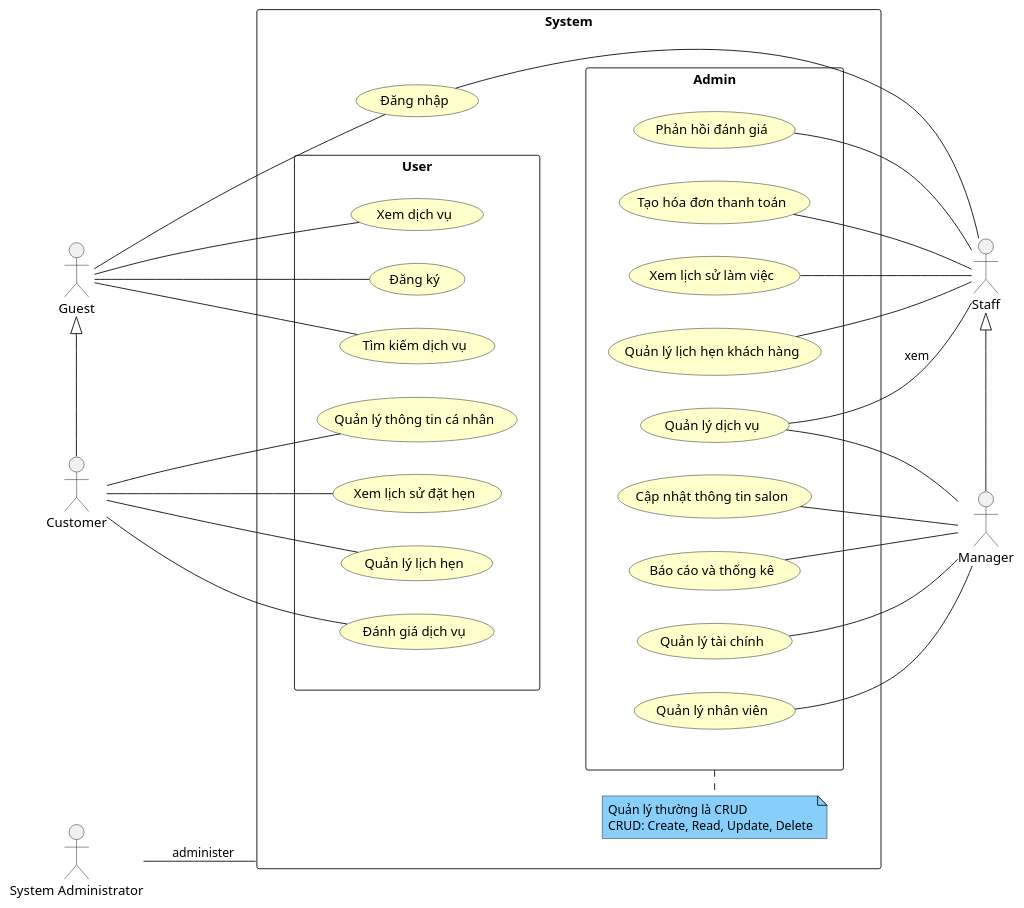
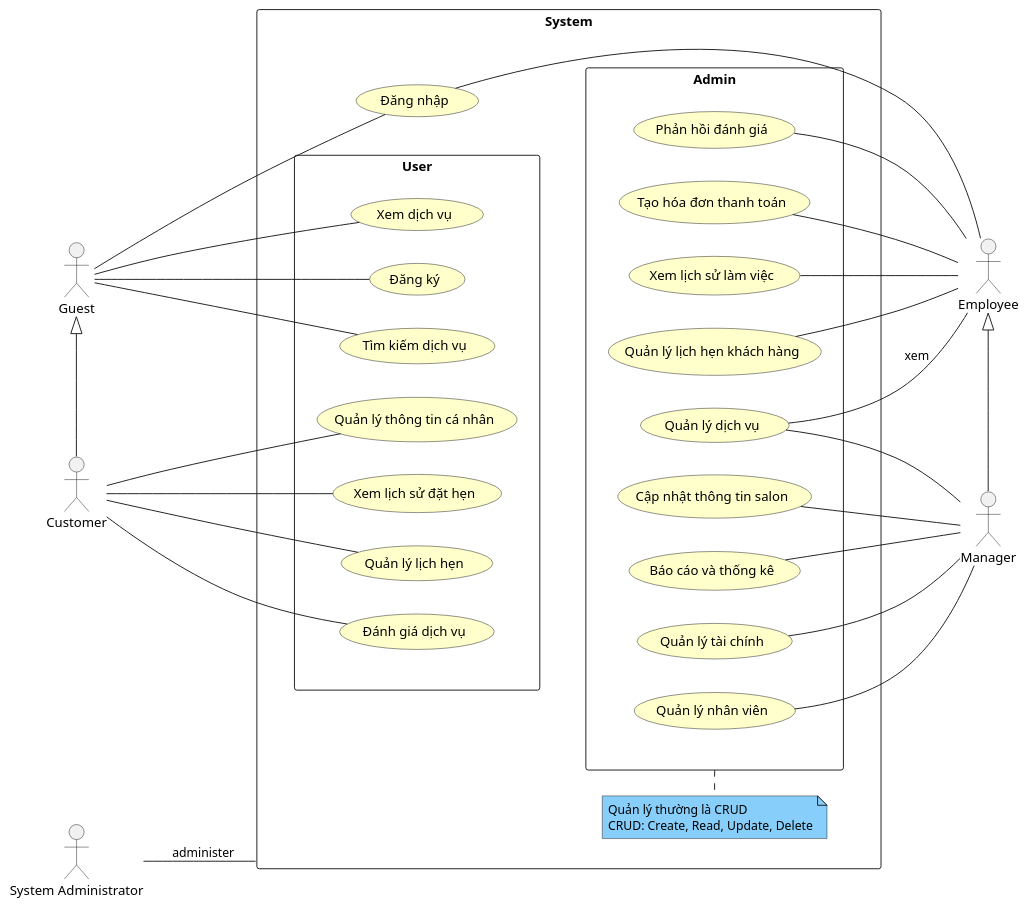
One commit to tozydev/virgo-14 changed the second of 9 diagrams in docs/software-specs.md. Above: the diagram before and after it, drawn with PlantUML. The commit also changed other lines of this file and 3 other files, not shown here.

Commit message:
docs: change Staff term to Employee term

````diff
--- a/docs/software-specs.md
+++ b/docs/software-specs.md
@@ -144,78 +144,78 @@
 ```plantuml
 '| fig-cap: Biểu đồ use case tổng quan
 @startuml
 skinparam usecase {
   BackgroundColor BUSINESS
 }
 
 skinparam note {
   BackgroundColor LightSkyBlue
 }
 
 left to right direction
 
 actor Guest as G
 actor Customer as C
-actor Staff as S
+actor Employee as S
 actor Manager as M
 actor "System Administrator" as AD
 
 G <|-r- C
 S <|-r- M
 
 rectangle "System" as SS {
   note "Quản lý thường là CRUD\nCRUD: Create, Read, Update, Delete" as N2
 
   usecase "Đăng nhập" as UC5
   rectangle "User" as F {
     usecase "Tìm kiếm dịch vụ" as UC1
     usecase "Xem dịch vụ" as UC2
     usecase "Đăng ký" as UC4
     usecase "Quản lý lịch hẹn" as UC6
     usecase "Đánh giá dịch vụ" as UC7
     usecase "Quản lý thông tin cá nhân" as UC8
     usecase "Xem lịch sử đặt hẹn" as UC20
   }
 
   rectangle "Admin" as B {
     usecase "Quản lý lịch hẹn khách hàng" as UC9
     usecase "Xem lịch sử làm việc" as UC10
     usecase "Tạo hóa đơn thanh toán" as UC12
     usecase "Phản hồi đánh giá" as UC13
     usecase "Quản lý dịch vụ" as UC14
     usecase "Quản lý nhân viên" as UC15
     usecase "Quản lý tài chính" as UC16
     usecase "Báo cáo và thống kê" as UC17
     usecase "Cập nhật thông tin salon" as UC18
   }
 }
 
 F -[hidden]- B
 N2 .l. B
 
 G -d- UC1
 G -d- UC2
 G -d- UC4
 G -d- UC5
 
 C -d- UC6
 C -d- UC7
 C -d- UC8
 C -d- UC20
 
 S -u- UC5
 S -u- UC9
 S -u- UC10
 S -u- UC12
 S -u- UC13
 S -u- UC14 : xem
 
 M -u- UC14
 M -u- UC15
 M -u- UC16
 M -u- UC17
 M -u- UC18
 
 AD -- SS : administer
 @enduml
 ```
````
